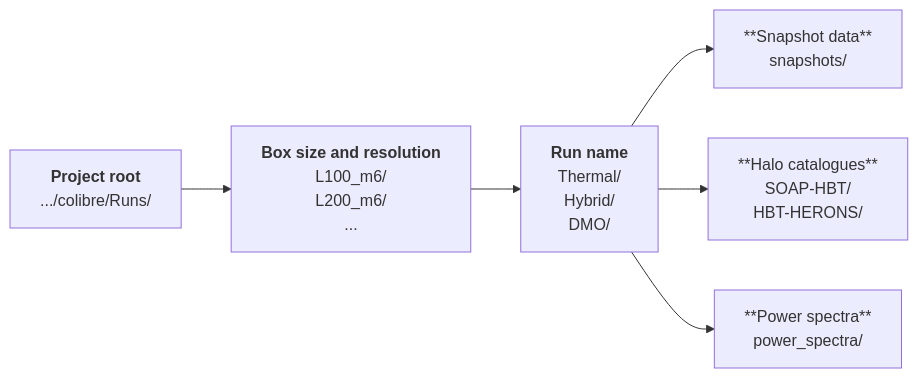
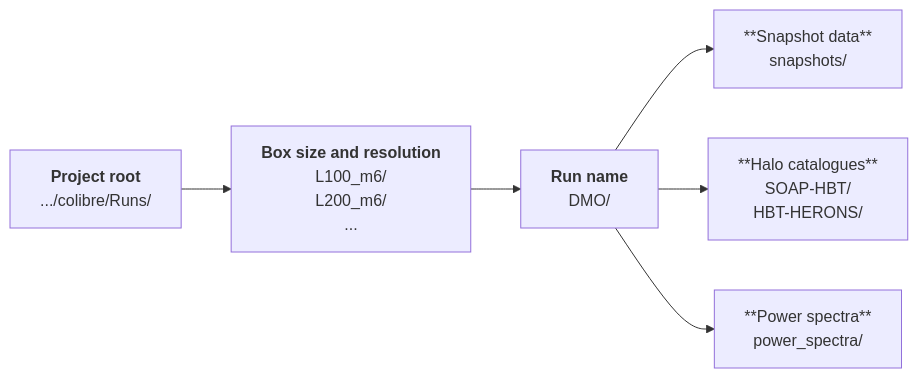
The diagram in source/simulations/index.rst (robjmcgibbon/colibre-dmo-docs), drawn with Mermaid before and after one commit. The commit also changed other lines of this file and 71 other files, not shown here.

```diff
--- a/source/simulations/index.rst
+++ b/source/simulations/index.rst
@@ -9,23 +168,21 @@
 .. mermaid::
 
    flowchart LR
      colibre["`**Project root**
      .../colibre/Runs/`"]
 
      colibre --> L100_m6["`**Box size and resolution**
      L100_m6/
      L200_m6/
      ...`"]
 
-     L100_m6-->Thermal["`**Run name**
-     Thermal/
-     Hybrid/
+     L100_m6-->DMO["`**Run name**
      DMO/`"]
 
-     Thermal-->snapshots["**Snapshot data**
+     DMO-->snapshots["**Snapshot data**
      snapshots/"]
-     Thermal-->soap["**Halo catalogues**
+     DMO-->soap["**Halo catalogues**
      SOAP-HBT/
      HBT-HERONS/"]
-     Thermal-->powerspec["**Power spectra**
+     DMO-->powerspec["**Power spectra**
      power_spectra/"]
```
